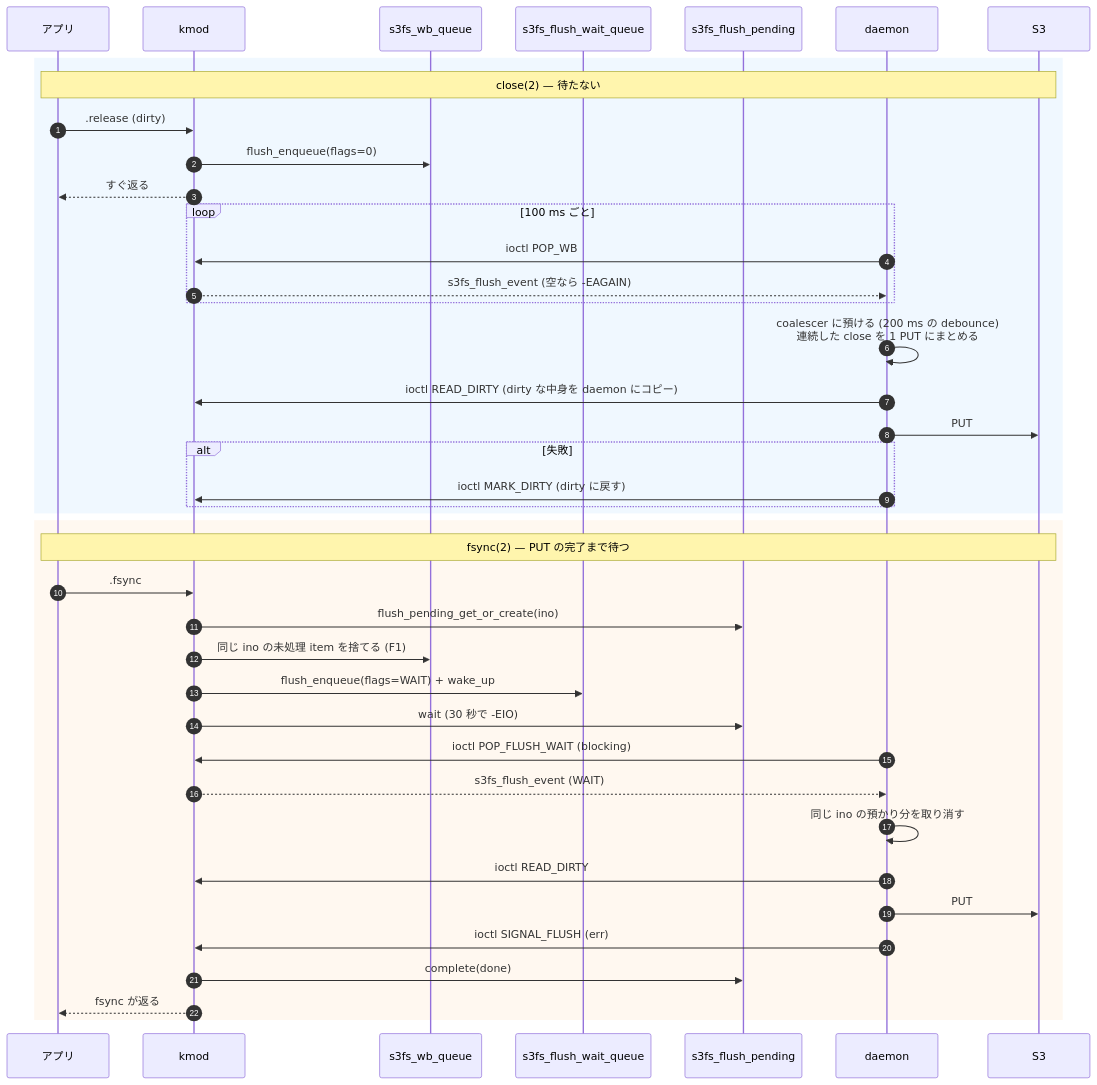
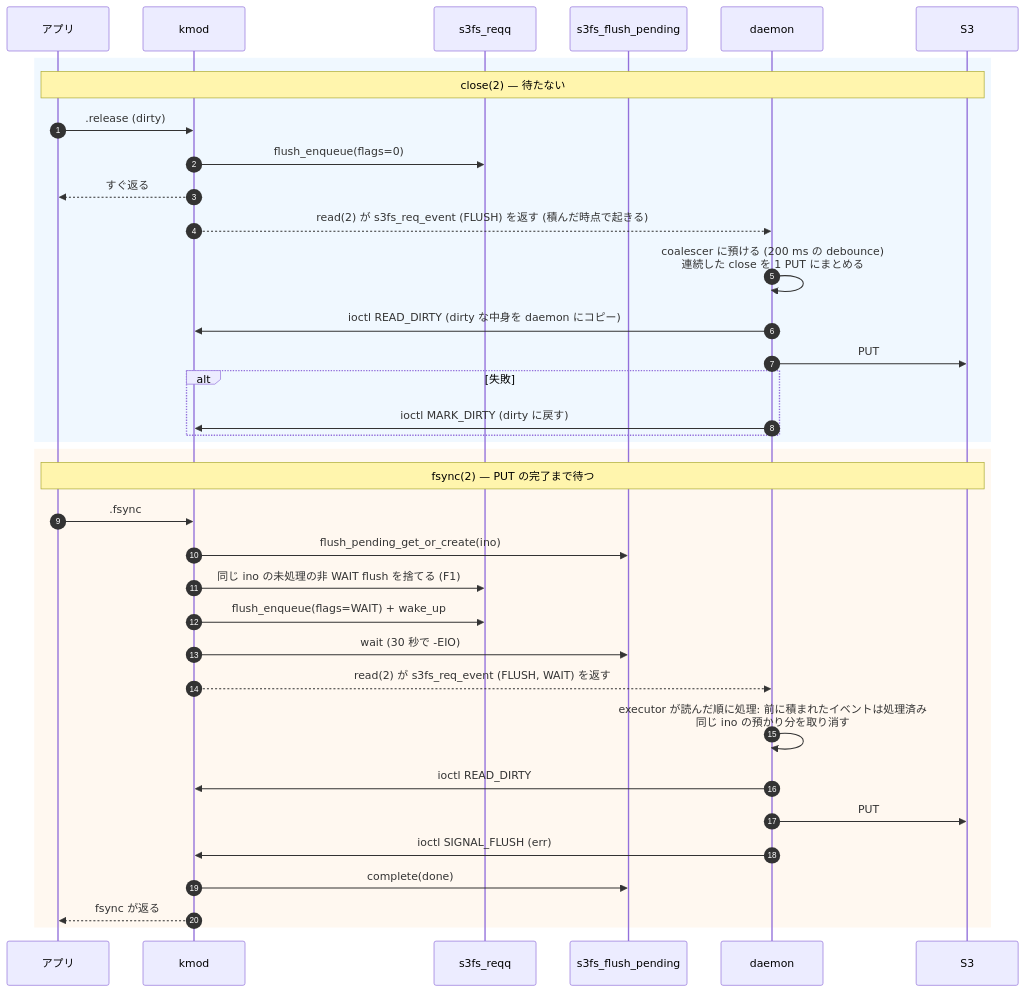
The third of 5 diagrams in docs/design/daemon-kmod-messaging.md (masu-mi/s3fs-ebpf), drawn with Mermaid before and after one commit. The commit also changed other lines of this file and 26 other files, not shown here.

First line of the commit message:
v2 Phase 4 (part 2): one request queue (reqq) and one read(2) port for miss / flush / delete / rename

````diff
--- a/docs/design/daemon-kmod-messaging.md
+++ b/docs/design/daemon-kmod-messaging.md
@@ -162,45 +155,40 @@
 ```mermaid
 sequenceDiagram
     autonumber
     participant App as アプリ
     participant K as kmod
-    participant FQ as s3fs_wb_queue
-    participant FW as s3fs_flush_wait_queue
+    participant FQ as s3fs_reqq
     participant FP as s3fs_flush_pending
     participant D as daemon
     participant S3 as S3
 
     rect rgb(240,248,255)
     Note over App,S3: close(2) — 待たない
     App->>K: .release (dirty)
     K->>FQ: flush_enqueue(flags=0)
     K-->>App: すぐ返る
-    loop 100 ms ごと
-        D->>K: ioctl POP_WB
-        K-->>D: s3fs_flush_event (空なら -EAGAIN)
-    end
+    K-->>D: read(2) が s3fs_req_event (FLUSH) を返す (積んだ時点で起きる)
     D->>D: coalescer に預ける (200 ms の debounce)<br/>連続した close を 1 PUT にまとめる
     D->>K: ioctl READ_DIRTY (dirty な中身を daemon にコピー)
     D->>S3: PUT
     alt 失敗
         D->>K: ioctl MARK_DIRTY (dirty に戻す)
     end
     end
 
     rect rgb(255,248,240)
     Note over App,S3: fsync(2) — PUT の完了まで待つ
     App->>K: .fsync
     K->>FP: flush_pending_get_or_create(ino)
-    K->>FQ: 同じ ino の未処理 item を捨てる (F1)
-    K->>FW: flush_enqueue(flags=WAIT) + wake_up
+    K->>FQ: 同じ ino の未処理の非 WAIT flush を捨てる (F1)
+    K->>FQ: flush_enqueue(flags=WAIT) + wake_up
     K->>FP: wait (30 秒で -EIO)
-    D->>K: ioctl POP_FLUSH_WAIT (blocking)
-    K-->>D: s3fs_flush_event (WAIT)
-    D->>D: 同じ ino の預かり分を取り消す
+    K-->>D: read(2) が s3fs_req_event (FLUSH, WAIT) を返す
+    D->>D: executor が読んだ順に処理: 前に積まれたイベントは処理済み<br/>同じ ino の預かり分を取り消す
     D->>K: ioctl READ_DIRTY
     D->>S3: PUT
     D->>K: ioctl SIGNAL_FLUSH (err)
     K->>FP: complete(done)
     K-->>App: fsync が返る
     end
 ```
````
